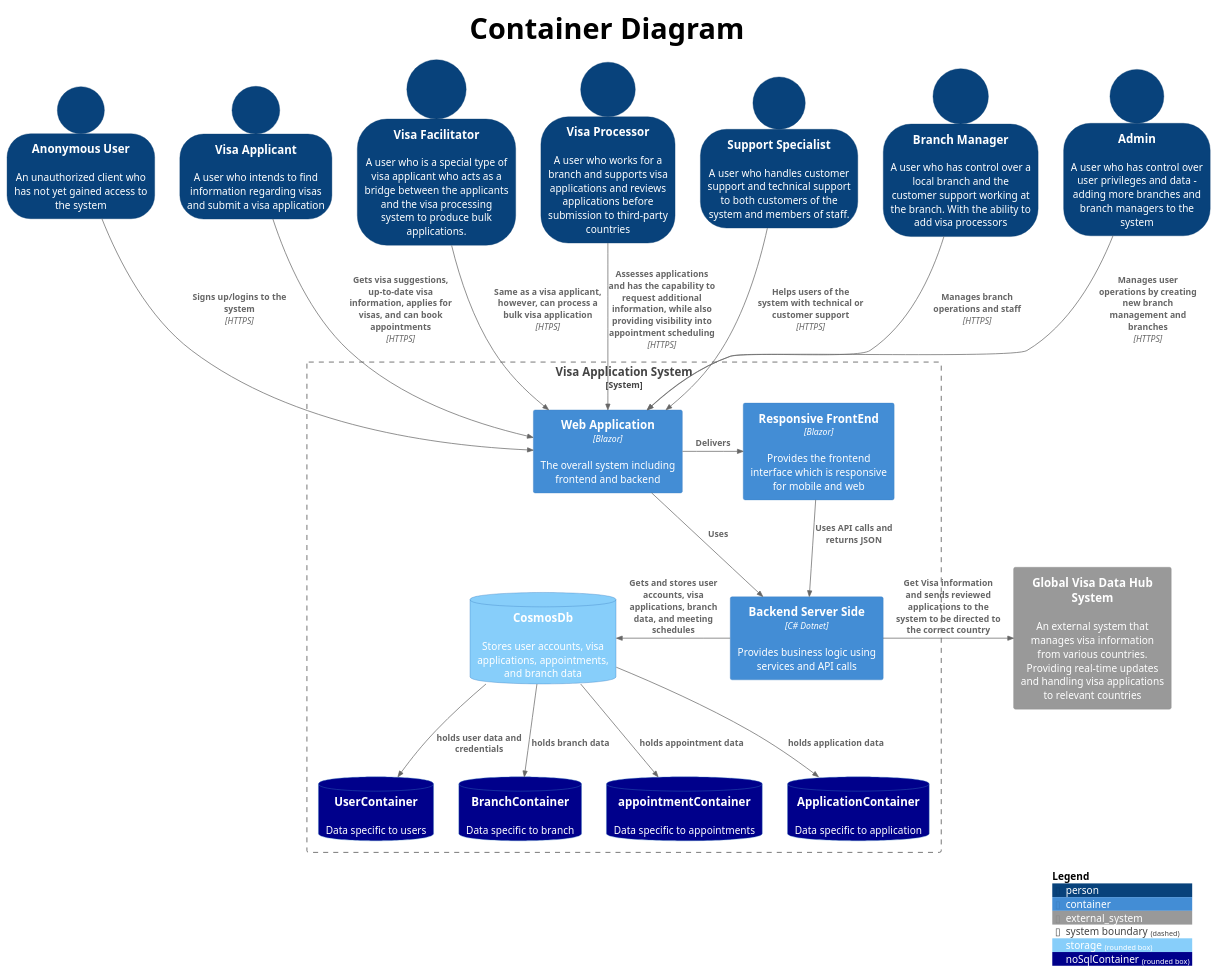
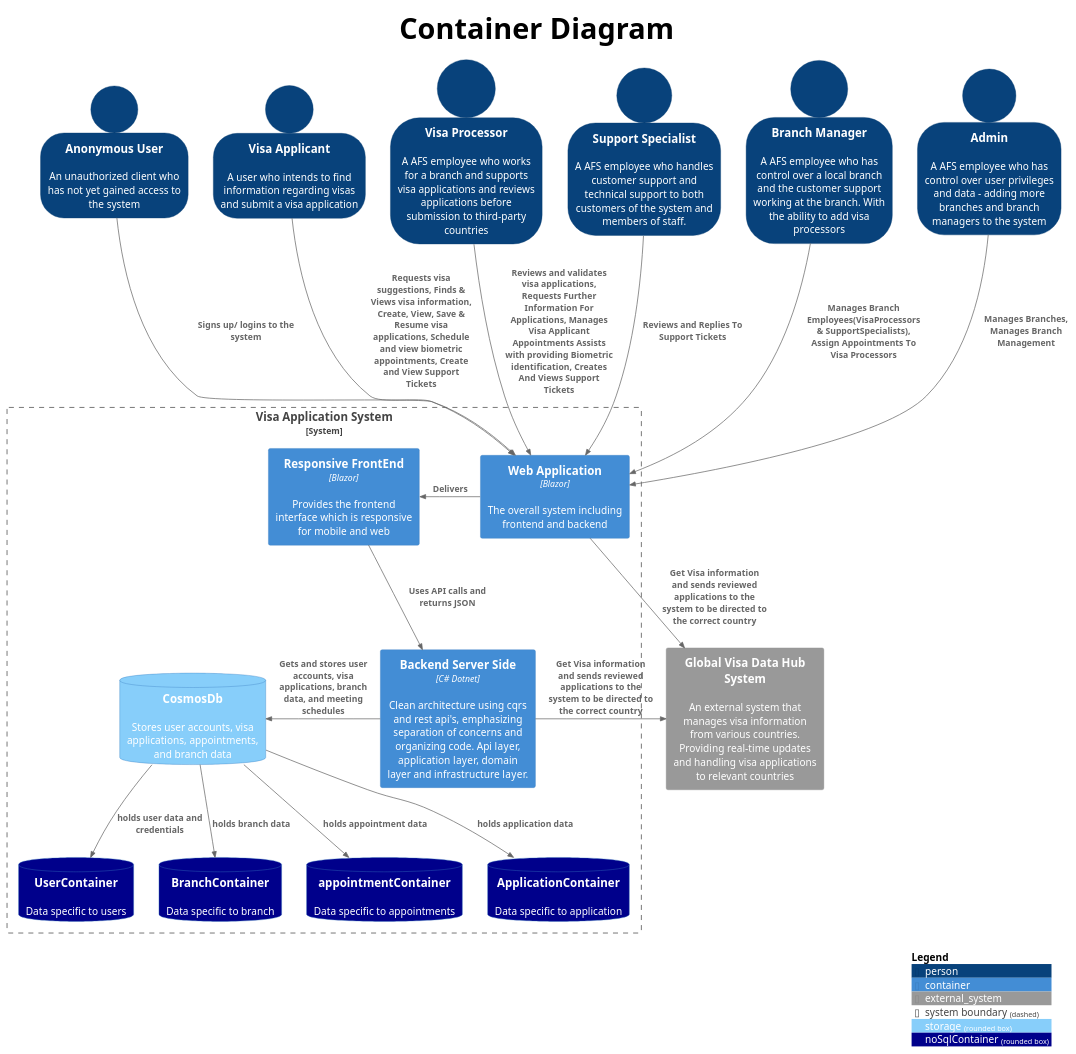
One commit to kierenadkins/Software-Architecture changed the diagram in docs/diagrams/C4/Container_Diagram.puml. Above: the diagram before and after it, drawn with PlantUML. The commit also changed 7 other files, not shown here.

```diff
--- a/docs/diagrams/C4/Container_Diagram.puml
+++ b/docs/diagrams/C4/Container_Diagram.puml
@@ -1,53 +1,51 @@
 @startuml "messagebus"
 !include https://raw.githubusercontent.com/plantuml-stdlib/C4-PlantUML/master/C4_Container.puml
 
 AddElementTag("storage", $shape=RoundedBoxShape(), $bgColor="lightSkyBlue", $fontColor="white")
 AddElementTag("noSqlContainer", $shape=RoundedBoxShape(), $bgColor="DarkBlue", $fontColor="white")
 
 
 SHOW_PERSON_OUTLINE()
 
 title <size:40> Container Diagram
 
 Person(anonymousUser, Anonymous User, "An unauthorized client who has not yet gained access to the system")
 Person(visaApplicant, Visa Applicant, "A user who intends to find information regarding visas and submit a visa application")
-Person(visaFacilitator, Visa Facilitator, "A user who is a special type of visa applicant who acts as a bridge between the applicants and the visa processing system to produce bulk applications.")
-Person(visaProcessor, Visa Processor, "A user who works for a branch and supports visa applications and reviews applications before submission to third-party countries")
-Person(supportSpecialist, Support Specialist, "A user who handles customer support and technical support to both customers of the system and members of staff.")
-Person(branchManager, Branch Manager, "A user who has control over a local branch and the customer support working at the branch. With the ability to add visa processors")
-Person(admin, Admin, "A user who has control over user privileges and data - adding more branches and branch managers to the system")
+Person(visaOfficer, Visa Processor, "A AFS employee who works for a branch and supports visa applications and reviews applications before submission to third-party countries")
+Person(supportSpecialist, Support Specialist, "A AFS employee who handles customer support and technical support to both customers of the system and members of staff.")
+Person(branchManager, Branch Manager, "A AFS employee who has control over a local branch and the customer support working at the branch. With the ability to add visa processors")
+Person(admin, Admin, "A AFS employee who has control over user privileges and data - adding more branches and branch managers to the system")
 
 System_Ext(globalVisaDataHubSystem, "Global Visa Data Hub System", "An external system that manages visa information from various countries. Providing real-time updates and handling visa applications to relevant countries")
 
 System_Boundary(c1, "Visa Application System") {
     Container(app, "Web Application", "Blazor", "The overall system including frontend and backend")
     Container(frontend, "Responsive FrontEnd", "Blazor", "Provides the frontend interface which is responsive for mobile and web")
-    Container(backend, "Backend Server Side", "C# Dotnet", "Provides business logic using services and API calls")
+    Container(backend, "Backend Server Side", "C# Dotnet", "Clean architecture using cqrs and rest api's, emphasizing separation of concerns and organizing code. Api layer, application layer, domain layer and infrastructure layer. ")
     ContainerDb(cosmos_db, "CosmosDb", , "Stores user accounts, visa applications, appointments, and branch data", $tags = "storage")
     ContainerDb(userContainer, "UserContainer", , "Data specific to users", $tags = "noSqlContainer")
     ContainerDb(branchContainer, "BranchContainer", , "Data specific to branch", $tags = "noSqlContainer")
     ContainerDb(appointmentContainer, "appointmentContainer", , "Data specific to appointments", $tags = "noSqlContainer")
     ContainerDb(applicationContainer, "ApplicationContainer", , "Data specific to application", $tags = "noSqlContainer")
 }
 
-Rel_D(anonymousUser, app, "Signs up/logins to the system", "HTTPS")
-Rel_D(visaApplicant, app, "Gets visa suggestions, up-to-date visa information, applies for visas, and can book appointments", "HTTPS")
-Rel_D(visaFacilitator, app, "Same as a visa applicant, however, can process a bulk visa application", "HTPS")
-Rel_D(visaProcessor, app, "Assesses applications and has the capability to request additional information, while also providing visibility into appointment scheduling", "HTTPS")
-Rel_D(supportSpecialist, app, "Helps users of the system with technical or customer support", "HTTPS")
-Rel_D(branchManager, app, "Manages branch operations and staff", "HTTPS")
-Rel_D(admin, app, "Manages user operations by creating new branch management and branches", "HTTPS")
+Rel_D(anonymousUser, app, "Signs up/ logins to the system")
+Rel_D(visaApplicant, app, "Requests visa suggestions, Finds & Views visa information, Create, View, Save & Resume visa applications, Schedule and view biometric appointments, Create and View Support Tickets")
+Rel_D(visaOfficer, app, "Reviews and validates visa applications, Requests Further Information For Applications, Manages Visa Applicant Appointments Assists with providing Biometric identification, Creates And Views Support Tickets")
+Rel_D(supportSpecialist, app, "Reviews and Replies To Support Tickets")
+Rel_D(branchManager, app, "Manages Branch Employees(VisaProcessors & SupportSpecialists), Assign Appointments To Visa Processors")
+Rel_D(admin, app, "Manages Branches, Manages Branch Management")
+Rel_D(app, globalVisaDataHubSystem, "Get Visa information and sends reviewed applications to the system to be directed to the correct country")
 
 Rel_R(app, frontend, "Delivers")
-Rel_L(app, backend, "Uses")
 Rel_L(backend, cosmos_db, "Gets and stores user accounts, visa applications, branch data, and meeting schedules")
 Rel_R(backend, globalVisaDataHubSystem, "Get Visa information and sends reviewed applications to the system to be directed to the correct country")
 Rel_D(frontend, backend, "Uses API calls and returns JSON")
 
 
 Rel_D(cosmos_db, userContainer ,"holds user data and credentials")
 Rel_D(cosmos_db, branchContainer ,"holds branch data")
 Rel_D(cosmos_db, appointmentContainer , "holds appointment data")
 Rel_D(cosmos_db, applicationContainer , "holds application data")
 SHOW_LEGEND()
 @enduml
```
